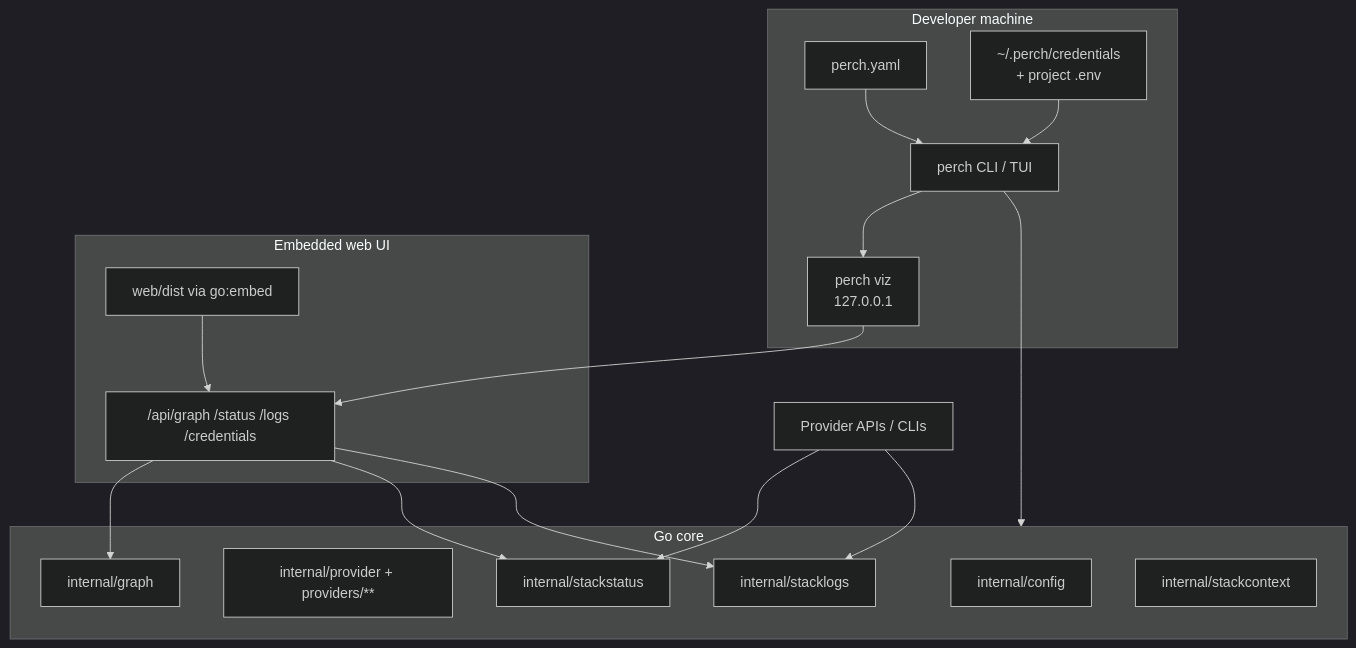
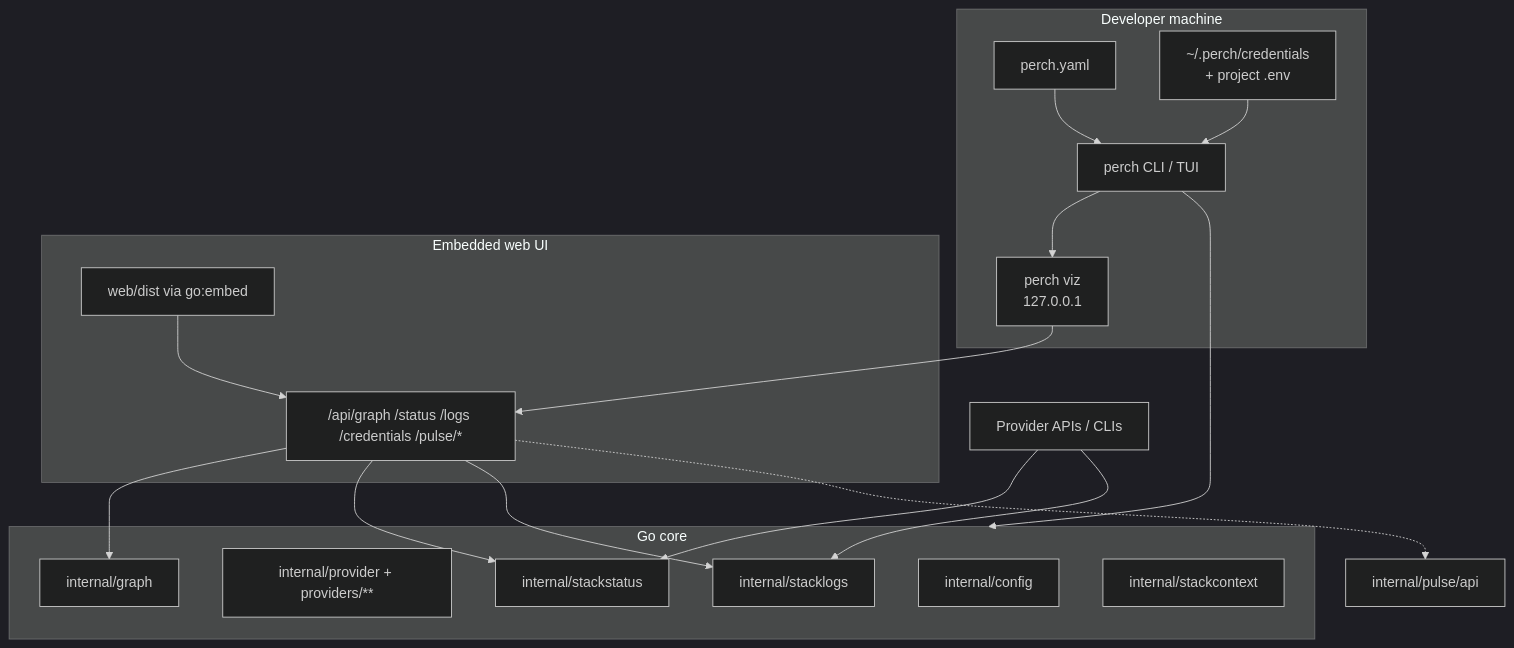
The first of 2 diagrams in docs/ARCHITECTURE.md (sharathb5/perch-pulse), drawn with Mermaid (dark theme) before and after one commit. The commit also changed other lines of this file and 16 other files, not shown here.

First line of the commit message:
feat(pulse): expose read-only Pulse API on perch viz (#18) (#19)

````diff
--- a/docs/ARCHITECTURE.md
+++ b/docs/ARCHITECTURE.md
@@ -11,35 +11,36 @@
 ```mermaid
 flowchart TB
   subgraph local["Developer machine"]
     YAML["perch.yaml"]
     Creds["~/.perch/credentials\n+ project .env"]
     CLI["perch CLI / TUI"]
     Viz["perch viz\n127.0.0.1"]
     YAML --> CLI
     Creds --> CLI
     CLI --> Viz
   end
 
   subgraph core["Go core"]
     CFG["internal/config"]
     REG["internal/provider + providers/**"]
     G["internal/graph"]
     SS["internal/stackstatus"]
     SL["internal/stacklogs"]
     CTX["internal/stackcontext"]
   end
 
   subgraph ui["Embedded web UI"]
     SPA["web/dist via go:embed"]
-    API["/api/graph /status /logs /credentials"]
+    API["/api/graph /status /logs /credentials /pulse/*"]
     SPA --> API
   end
 
   CLI --> core
   Viz --> API
   API --> G
   API --> SS
   API --> SL
+  API -.-> PulseAPI["internal/pulse/api"]
   Vendors["Provider APIs / CLIs"] --> SS
   Vendors --> SL
 ```
````
